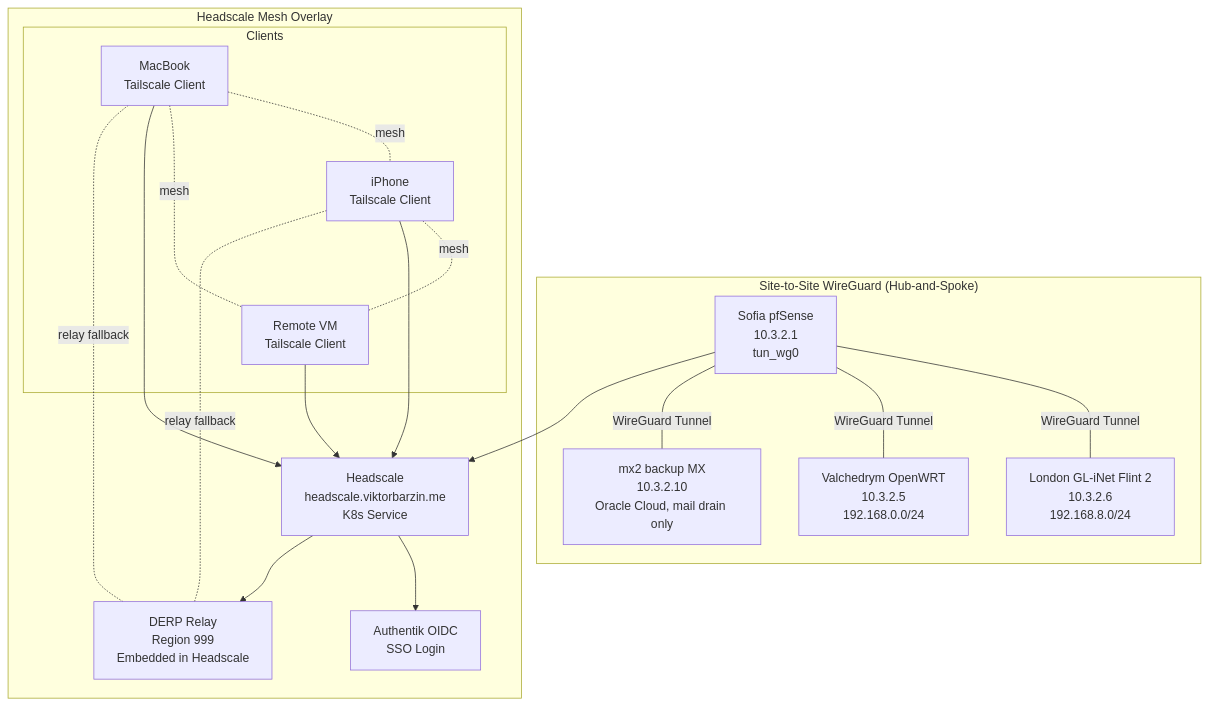
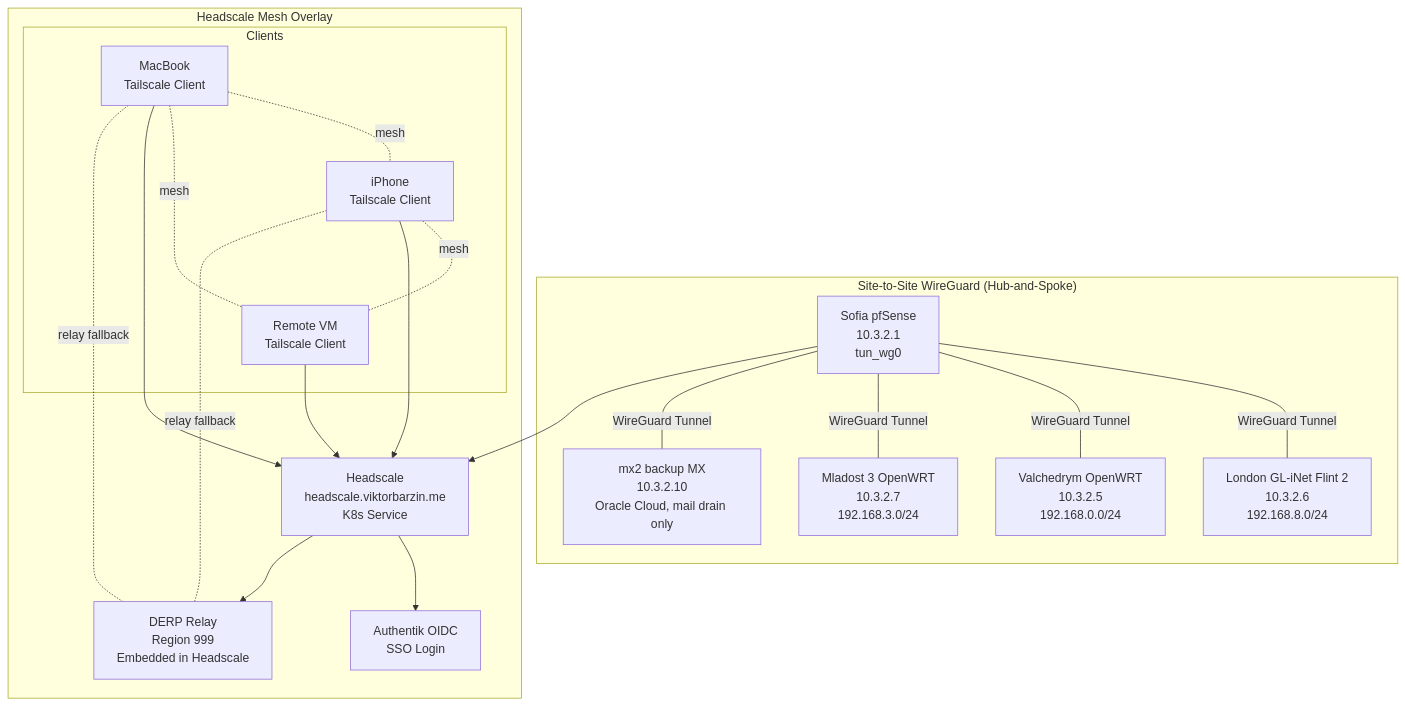
The first of 2 diagrams in docs/architecture/vpn.md (ViktorBarzin/infra), drawn with Mermaid before and after one commit. The commit also changed other lines of this file and 11 other files, not shown here.

First line of the commit message:
mladost3: add the Mladost 3 site on the WireGuard hub

````diff
--- a/docs/architecture/vpn.md
+++ b/docs/architecture/vpn.md
@@ -74,39 +74,41 @@
 ```mermaid
 graph TB
     subgraph "Site-to-Site WireGuard (Hub-and-Spoke)"
         Sofia[Sofia pfSense<br/>10.3.2.1<br/>tun_wg0]
         London[London GL-iNet Flint 2<br/>10.3.2.6<br/>192.168.8.0/24]
         Valchedrym[Valchedrym OpenWRT<br/>10.3.2.5<br/>192.168.0.0/24]
+        Mladost3[Mladost 3 OpenWRT<br/>10.3.2.7<br/>192.168.3.0/24]
         MX2[mx2 backup MX<br/>10.3.2.10<br/>Oracle Cloud, mail drain only]
 
         Sofia ---|WireGuard Tunnel| London
         Sofia ---|WireGuard Tunnel| Valchedrym
+        Sofia ---|WireGuard Tunnel| Mladost3
         Sofia ---|WireGuard Tunnel| MX2
     end
 
     subgraph "Headscale Mesh Overlay"
         HS[Headscale<br/>headscale.viktorbarzin.me<br/>K8s Service]
         Authentik[Authentik OIDC<br/>SSO Login]
         DERP[DERP Relay<br/>Region 999<br/>Embedded in Headscale]
 
         subgraph "Clients"
             Laptop[MacBook<br/>Tailscale Client]
             Phone[iPhone<br/>Tailscale Client]
             Remote[Remote VM<br/>Tailscale Client]
         end
 
         HS --> Authentik
         HS --> DERP
         Laptop -.mesh.- Phone
         Laptop -.mesh.- Remote
         Phone -.mesh.- Remote
         Laptop --> HS
         Phone --> HS
         Remote --> HS
 
         Laptop -.relay fallback.- DERP
         Phone -.relay fallback.- DERP
     end
 
     Sofia --> HS
 ```
````
